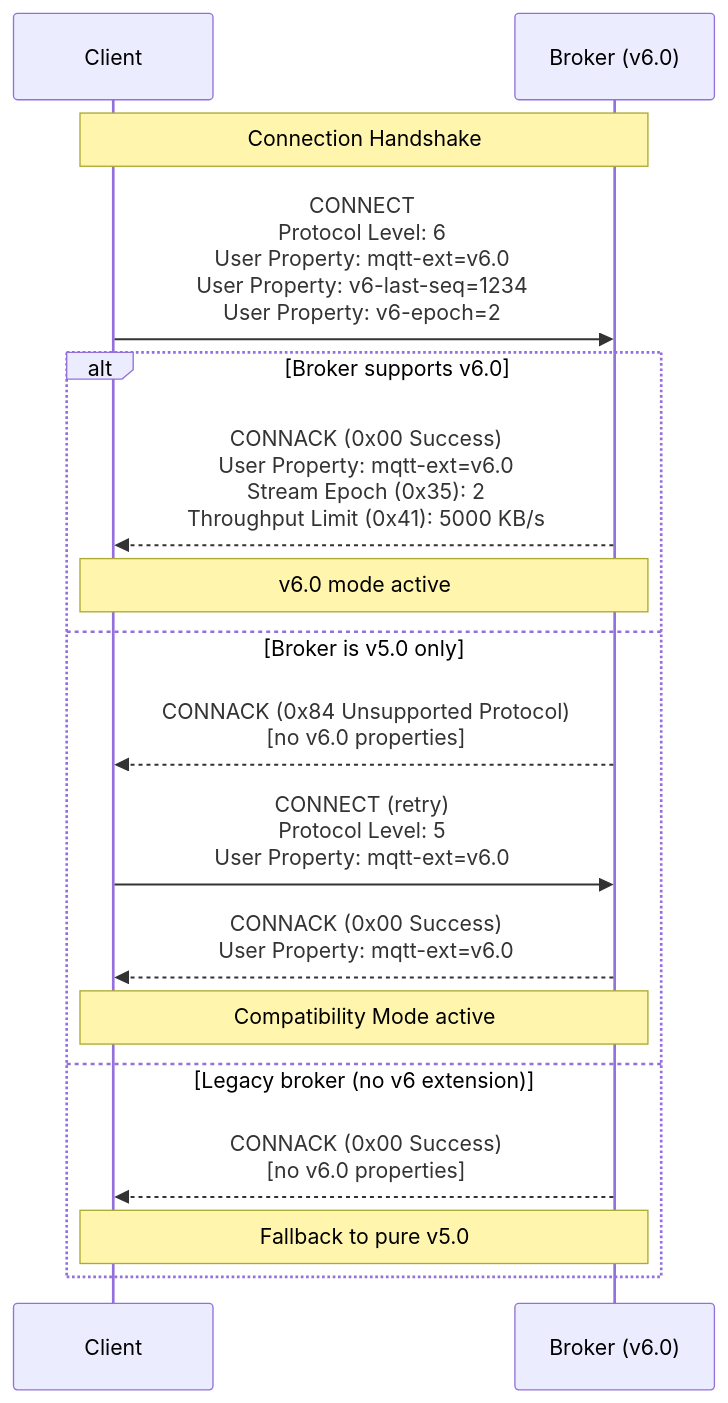
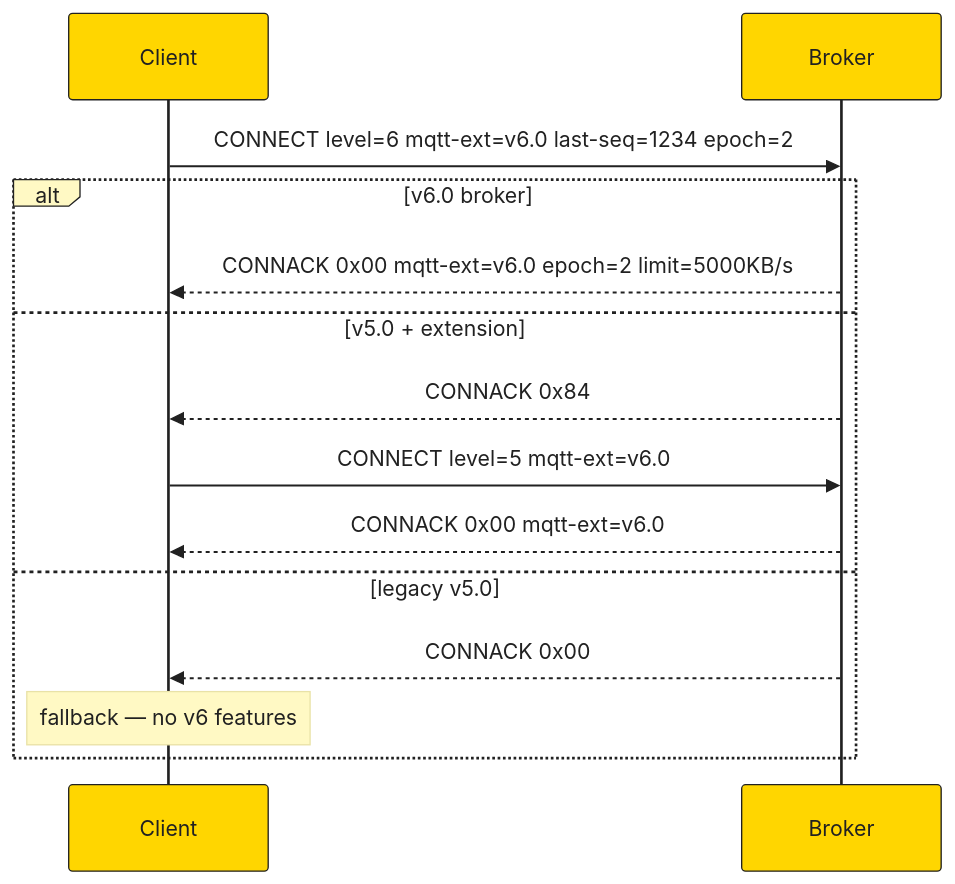
Before and after one commit to bsommers/mqtt-6.0-proposal: the first of 8 diagrams in docs/diagrams/packet-flows.md, drawn with Mermaid. The commit also changed other lines of this file and 2 other files, not shown here.

First line of the commit message:
Redesign diagrams with HiveMQ black/yellow, C4, compact layout

````diff
--- a/docs/diagrams/packet-flows.md
+++ b/docs/diagrams/packet-flows.md
@@ -7,21 +7,18 @@
 ```mermaid
+%%{init:{'theme':'base','themeVariables':{'primaryColor':'#FFD600','primaryTextColor':'#212121','primaryBorderColor':'#212121','lineColor':'#212121','actorBkg':'#FFD600','actorBorder':'#212121','actorTextColor':'#212121','noteBkgColor':'#FFF9C4','noteTextColor':'#212121','activationBkgColor':'#FFF9C4','signalColor':'#212121','signalTextColor':'#212121','labelBoxBkgColor':'#FFF9C4'}}}%%
 sequenceDiagram
     participant C as Client
-    participant B as Broker (v6.0)
+    participant B as Broker
 
-    Note over C,B: Connection Handshake
-    C->>B: CONNECT<br/>Protocol Level: 6<br/>User Property: mqtt-ext=v6.0<br/>User Property: v6-last-seq=1234<br/>User Property: v6-epoch=2
-
-    alt Broker supports v6.0
-        B-->>C: CONNACK (0x00 Success)<br/>User Property: mqtt-ext=v6.0<br/>Stream Epoch (0x35): 2<br/>Throughput Limit (0x41): 5000 KB/s
-        Note over C,B: v6.0 mode active
-    else Broker is v5.0 only
-        B-->>C: CONNACK (0x84 Unsupported Protocol)<br/>[no v6.0 properties]
-        C->>B: CONNECT (retry)<br/>Protocol Level: 5<br/>User Property: mqtt-ext=v6.0
-        B-->>C: CONNACK (0x00 Success)<br/>User Property: mqtt-ext=v6.0
-        Note over C,B: Compatibility Mode active
-    else Legacy broker (no v6 extension)
-        B-->>C: CONNACK (0x00 Success)<br/>[no v6.0 properties]
-        Note over C,B: Fallback to pure v5.0
+    C->>B: CONNECT level=6 mqtt-ext=v6.0 last-seq=1234 epoch=2
+    alt v6.0 broker
+        B-->>C: CONNACK 0x00 mqtt-ext=v6.0 epoch=2 limit=5000KB/s
+    else v5.0 + extension
+        B-->>C: CONNACK 0x84
+        C->>B: CONNECT level=5 mqtt-ext=v6.0
+        B-->>C: CONNACK 0x00 mqtt-ext=v6.0
+    else legacy v5.0
+        B-->>C: CONNACK 0x00
+        Note over C: fallback — no v6 features
     end
 ```
````
